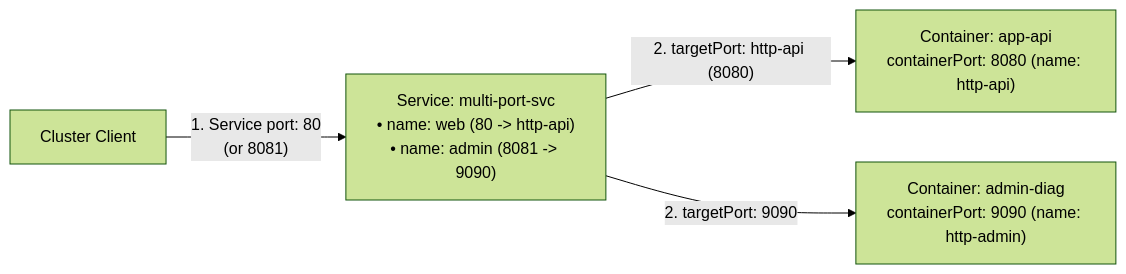
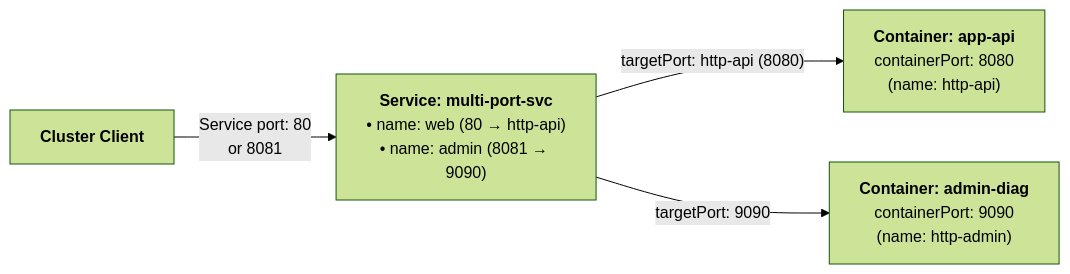
The first of 2 diagrams in section 9/README.md (amlcoftherockies/scaling-the-kubernetes-mountain), drawn with Mermaid (forest theme) before and after one commit. The commit also changed other lines of this file and 4 other files, not shown here.

Commit message:
Fix Mermaid diagram line breaks (<br/> instead of literal \n) and layout across Sections 6-10

````diff
--- a/section 9/README.md
+++ b/section 9/README.md
@@ -22,6 +22,6 @@
 ```mermaid
 flowchart LR
-    Client["Cluster Client"] -->|"1. Service port: 80\n(or 8081)"| SVC["Service: multi-port-svc\n• name: web (80 -> http-api)\n• name: admin (8081 -> 9090)"]
-    SVC -->|"2. targetPort: http-api (8080)"| C1["Container: app-api\ncontainerPort: 8080 (name: http-api)"]
-    SVC -->|"2. targetPort: 9090"| C2["Container: admin-diag\ncontainerPort: 9090 (name: http-admin)"]
+    Client["<b>Cluster Client</b>"] -->|"Service port: 80<br/>or 8081"| SVC["<b>Service: multi-port-svc</b><br/>• name: web (80 → http-api)<br/>• name: admin (8081 → 9090)"]
+    SVC -->|"targetPort: http-api (8080)"| C1["<b>Container: app-api</b><br/>containerPort: 8080<br/>(name: http-api)"]
+    SVC -->|"targetPort: 9090"| C2["<b>Container: admin-diag</b><br/>containerPort: 9090<br/>(name: http-admin)"]
 ```
````
